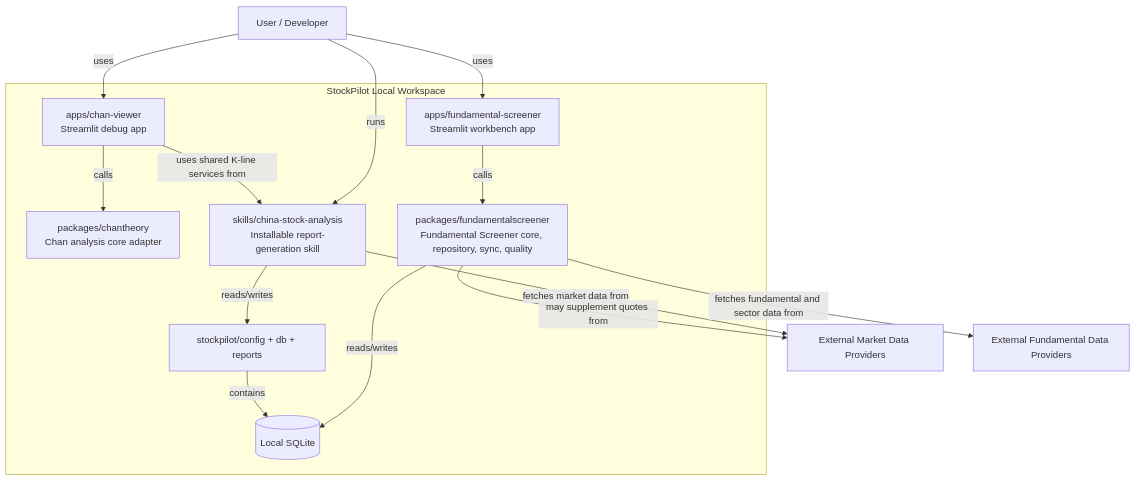
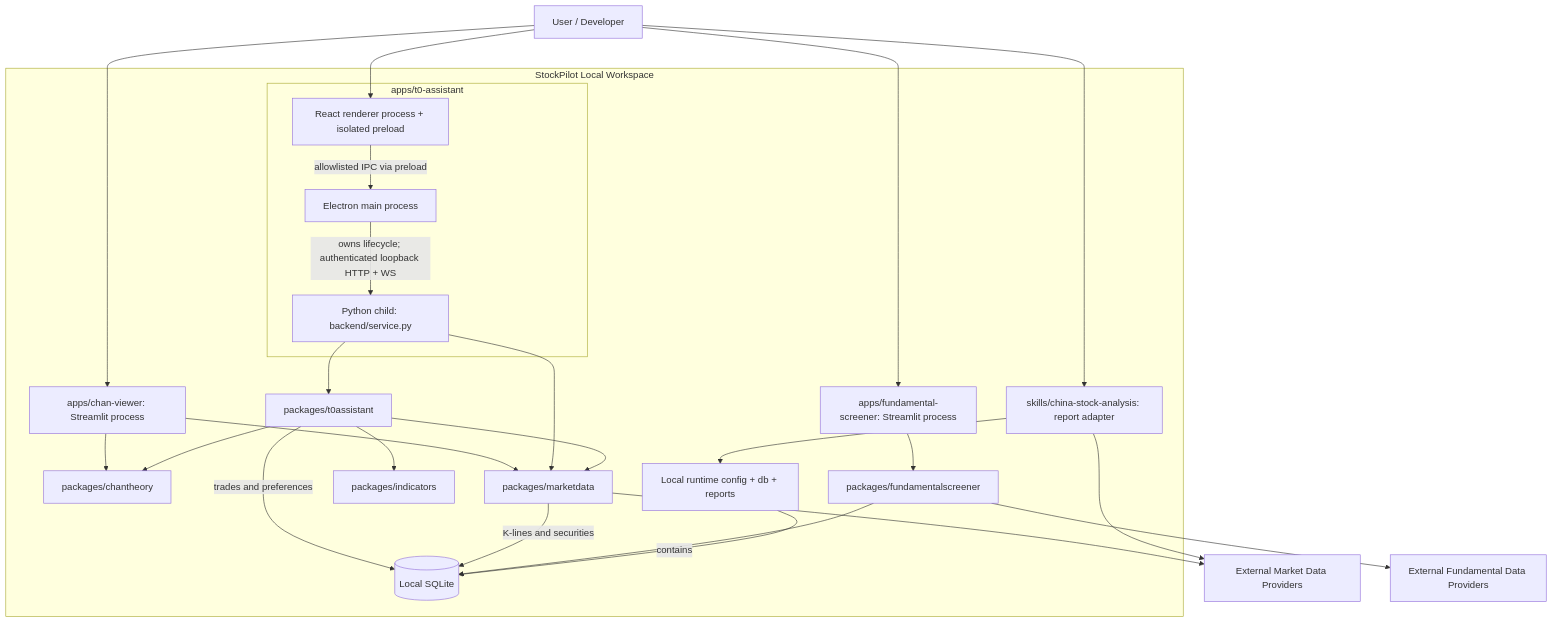
The diagram in docs/architecture/c4-container.md (shenjee/stockpilot), drawn with Mermaid before and after one commit. The commit also changed other lines of this file and 10 other files, not shown here.

````diff
--- a/docs/architecture/c4-container.md
+++ b/docs/architecture/c4-container.md
@@ -15,33 +18,47 @@
 ```mermaid
 graph TD
     User[User / Developer]
     MarketProviders[External Market Data Providers]
     FundamentalProviders[External Fundamental Data Providers]
 
     subgraph StockPilot[StockPilot Local Workspace]
-        Chantheory[packages/chantheory<br/>Chan analysis core adapter]
-        FundamentalCore[packages/fundamentalscreener<br/>Fundamental Screener core, repository, sync, quality]
-        ChanApp[apps/chan-viewer<br/>Streamlit debug app]
-        FsApp[apps/fundamental-screener<br/>Streamlit workbench app]
-        Skill[skills/china-stock-analysis<br/>Installable report-generation skill]
-        RuntimeData[stockpilot/config + db + reports]
+        Chantheory[packages/chantheory]
+        MarketData[packages/marketdata]
+        Indicators[packages/indicators]
+        T0Core[packages/t0assistant]
+        FundamentalCore[packages/fundamentalscreener]
+        ChanApp[apps/chan-viewer: Streamlit process]
+        FsApp[apps/fundamental-screener: Streamlit process]
+        Skill[skills/china-stock-analysis: report adapter]
+        subgraph T0[apps/t0-assistant]
+            Renderer[React renderer process + isolated preload]
+            Main[Electron main process]
+            Python[Python child: backend/service.py]
+        end
+        RuntimeData[Local runtime config + db + reports]
         SQLite[(Local SQLite)]
     end
 
-    User -->|uses| ChanApp
-    User -->|uses| FsApp
-    User -->|runs| Skill
-
-    ChanApp -->|calls| Chantheory
-    ChanApp -->|uses shared K-line services from| Skill
-
-    FsApp -->|calls| FundamentalCore
-
-    Skill -->|reads/writes| RuntimeData
-    FundamentalCore -->|reads/writes| SQLite
+    User --> ChanApp
+    User --> FsApp
+    User --> Renderer
+    User --> Skill
+    ChanApp --> Chantheory
+    ChanApp --> MarketData
+    FsApp --> FundamentalCore
+    Renderer -->|allowlisted IPC via preload| Main
+    Main -->|owns lifecycle; authenticated loopback HTTP + WS| Python
+    Python --> T0Core
+    Python --> MarketData
+    T0Core --> MarketData
+    T0Core --> Chantheory
+    T0Core --> Indicators
+    T0Core -->|trades and preferences| SQLite
+    MarketData -->|K-lines and securities| SQLite
+    MarketData --> MarketProviders
+    FundamentalCore --> SQLite
+    FundamentalCore --> FundamentalProviders
+    Skill --> RuntimeData
+    Skill --> MarketProviders
     RuntimeData -->|contains| SQLite
-
-    Skill -->|fetches market data from| MarketProviders
-    FundamentalCore -->|fetches fundamental and sector data from| FundamentalProviders
-    FundamentalCore -->|may supplement quotes from| MarketProviders
 ```
````
